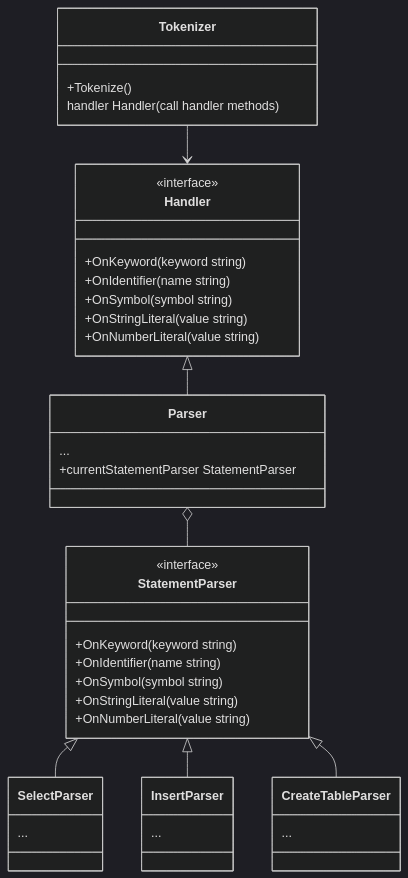
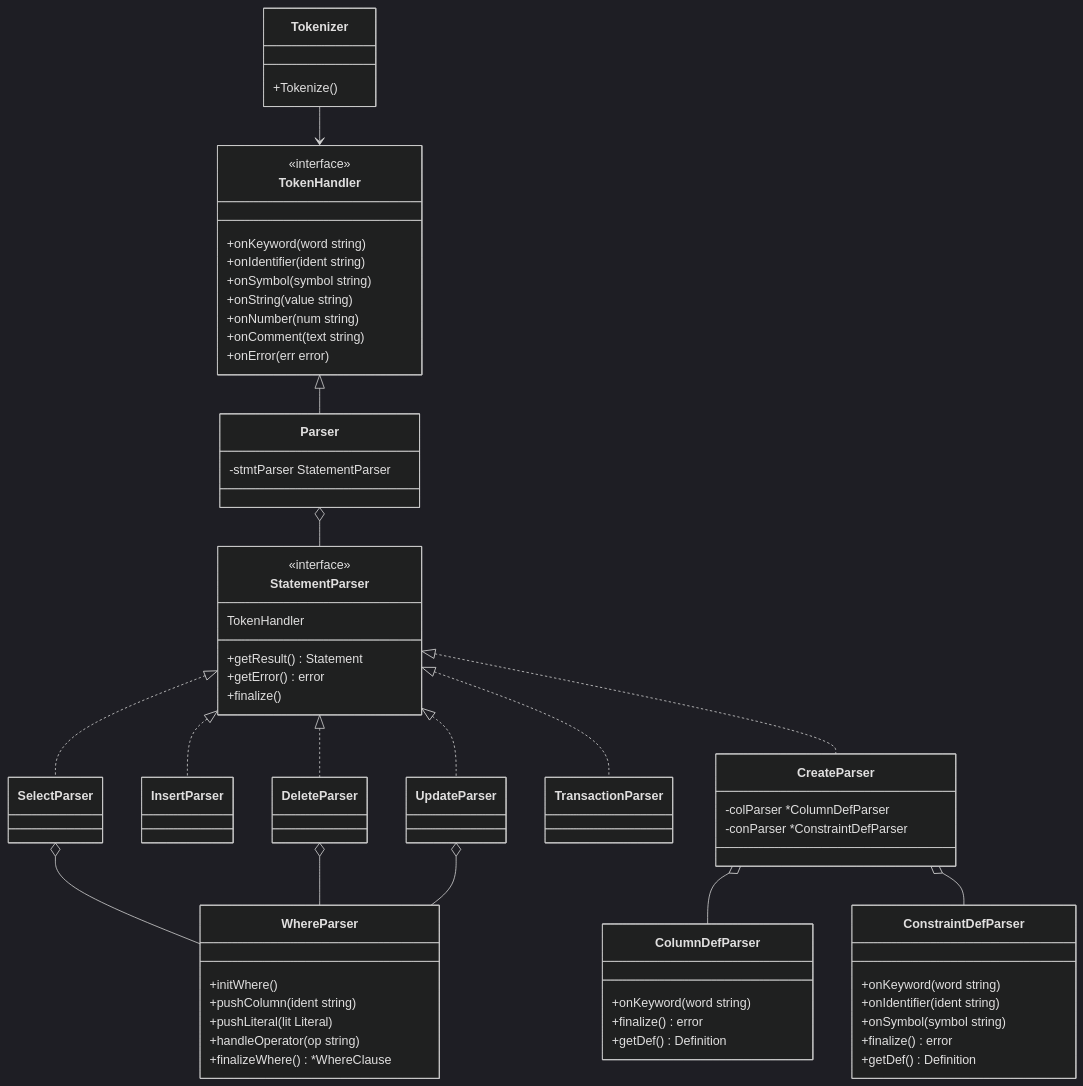
Before and after one commit to ren-yamanashi/minesql: the second of 2 diagrams in docs/architecture/parser/parser.md, drawn with Mermaid (dark theme). The commit also changed other lines of this file and 45 other files, not shown here.

````diff
--- a/docs/architecture/parser/parser.md
+++ b/docs/architecture/parser/parser.md
@@ -34,46 +34,77 @@
 ```mermaid
 classDiagram
-   %% Tokenizer
+    %% Tokenizer
     class Tokenizer {
-      +Tokenize()
-      handler Handler (call handler methods)
+        +Tokenize()
     }
+    class TokenHandler {
+        <<interface>>
+        +onKeyword(word string)
+        +onIdentifier(ident string)
+        +onSymbol(symbol string)
+        +onString(value string)
+        +onNumber(num string)
+        +onComment(text string)
+        +onError(err error)
+    }
+
     %% Parser
-    class Handler {
-        <<interface>>
-        +OnKeyword(keyword string)
-        +OnIdentifier(name string)
-        +OnSymbol(symbol string)
-        +OnStringLiteral(value string)
-        +OnNumberLiteral(value string)
-    }
     class Parser {
-      ...
-      +currentStatementParser StatementParser
+        -stmtParser StatementParser
     }
     class StatementParser {
         <<interface>>
-        +OnKeyword(keyword string)
-        +OnIdentifier(name string)
-        +OnSymbol(symbol string)
-        +OnStringLiteral(value string)
-        +OnNumberLiteral(value string)
+        TokenHandler
+        +getResult() Statement
+        +getError() error
+        +finalize()
     }
-    class SelectParser {
-      ...
+    class SelectParser
+    class InsertParser
+    class DeleteParser
+    class UpdateParser
+    class TransactionParser
+
+    %% CreateParser とサブパーサー
+    class CreateParser {
+        -colParser *ColumnDefParser
+        -conParser *ConstraintDefParser
     }
-    class InsertParser {
-      ...
+    class ColumnDefParser {
+        +onKeyword(word string)
+        +finalize() error
+        +getDef() Definition
     }
-    class CreateTableParser {
-      ...
+    class ConstraintDefParser {
+        +onKeyword(word string)
+        +onIdentifier(ident string)
+        +onSymbol(symbol string)
+        +finalize() error
+        +getDef() Definition
+    }
+
+    %% WhereParser (SelectParser, DeleteParser, UpdateParser が利用)
+    class WhereParser {
+        +initWhere()
+        +pushColumn(ident string)
+        +pushLiteral(lit Literal)
+        +handleOperator(op string)
+        +finalizeWhere() *WhereClause
     }
 
     %% 関係性
-    Tokenizer --> Handler
-    Handler <|-- Parser
+    Tokenizer --> TokenHandler
+    TokenHandler <|-- Parser
     Parser o-- StatementParser
-    StatementParser <|-- SelectParser
-    StatementParser <|-- InsertParser
-    StatementParser <|-- CreateTableParser
+    StatementParser <|.. SelectParser
+    StatementParser <|.. InsertParser
+    StatementParser <|.. DeleteParser
+    StatementParser <|.. UpdateParser
+    StatementParser <|.. TransactionParser
+    StatementParser <|.. CreateParser
+    CreateParser o-- ColumnDefParser
+    CreateParser o-- ConstraintDefParser
+    SelectParser o-- WhereParser
+    DeleteParser o-- WhereParser
+    UpdateParser o-- WhereParser
 ```
````
